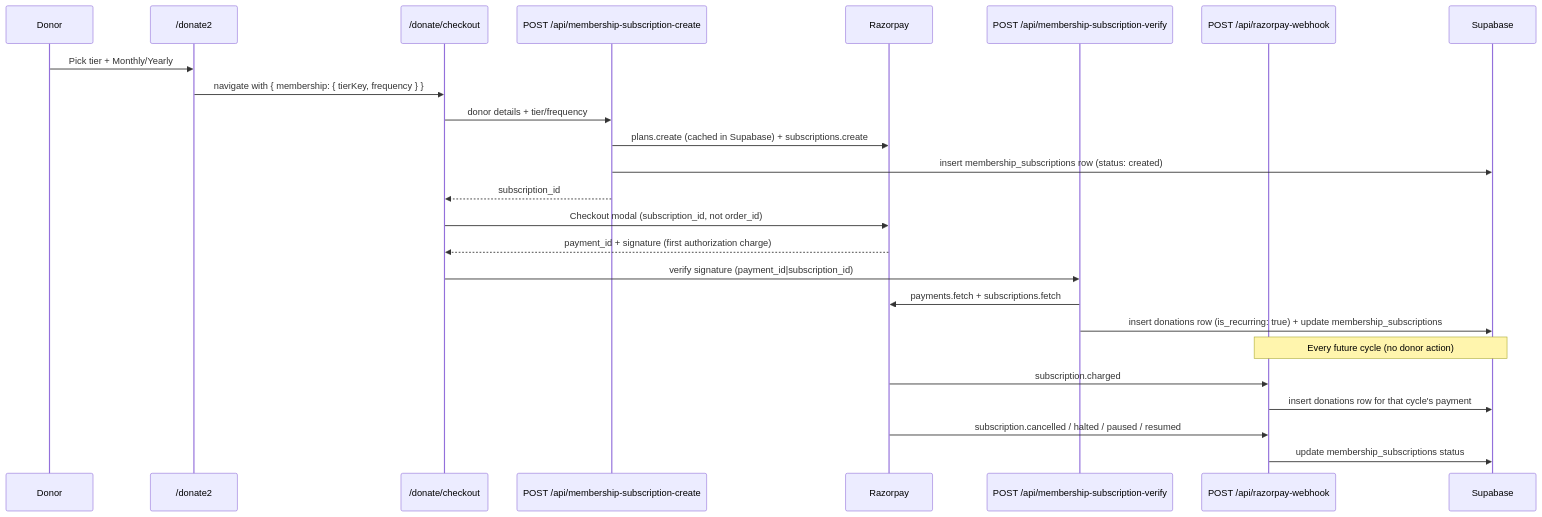
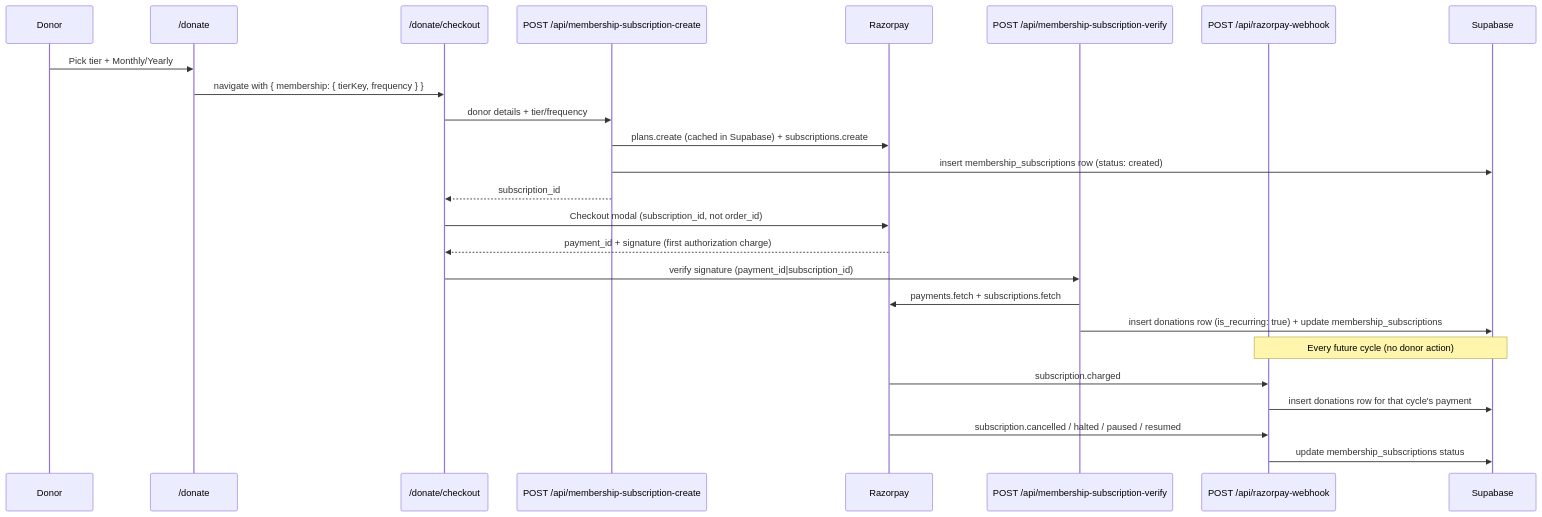
Before and after one commit to rolzzzz1/Aadar-foundation-clone: the second of 2 diagrams in docs/PAYMENTS_VERCEL_SETUP.md, drawn with Mermaid. The commit also changed other lines of this file and 42 other files, not shown here.

````diff
--- a/docs/PAYMENTS_VERCEL_SETUP.md
+++ b/docs/PAYMENTS_VERCEL_SETUP.md
@@ -248,28 +248,28 @@
 ```mermaid
 sequenceDiagram
   participant Donor
-  participant Donate2 as /donate2
+  participant Donate2 as /donate
   participant Checkout as /donate/checkout
   participant CreateAPI as POST /api/membership-subscription-create
   participant Razorpay
   participant VerifyAPI as POST /api/membership-subscription-verify
   participant Webhook as POST /api/razorpay-webhook
   participant Supabase
 
   Donor->>Donate2: Pick tier + Monthly/Yearly
   Donate2->>Checkout: navigate with { membership: { tierKey, frequency } }
   Checkout->>CreateAPI: donor details + tier/frequency
   CreateAPI->>Razorpay: plans.create (cached in Supabase) + subscriptions.create
   CreateAPI->>Supabase: insert membership_subscriptions row (status: created)
   CreateAPI-->>Checkout: subscription_id
   Checkout->>Razorpay: Checkout modal (subscription_id, not order_id)
   Razorpay-->>Checkout: payment_id + signature (first authorization charge)
   Checkout->>VerifyAPI: verify signature (payment_id|subscription_id)
   VerifyAPI->>Razorpay: payments.fetch + subscriptions.fetch
   VerifyAPI->>Supabase: insert donations row (is_recurring: true) + update membership_subscriptions
   Note over Webhook,Supabase: Every future cycle (no donor action)
   Razorpay->>Webhook: subscription.charged
   Webhook->>Supabase: insert donations row for that cycle's payment
   Razorpay->>Webhook: subscription.cancelled / halted / paused / resumed
   Webhook->>Supabase: update membership_subscriptions status
 ```
````
